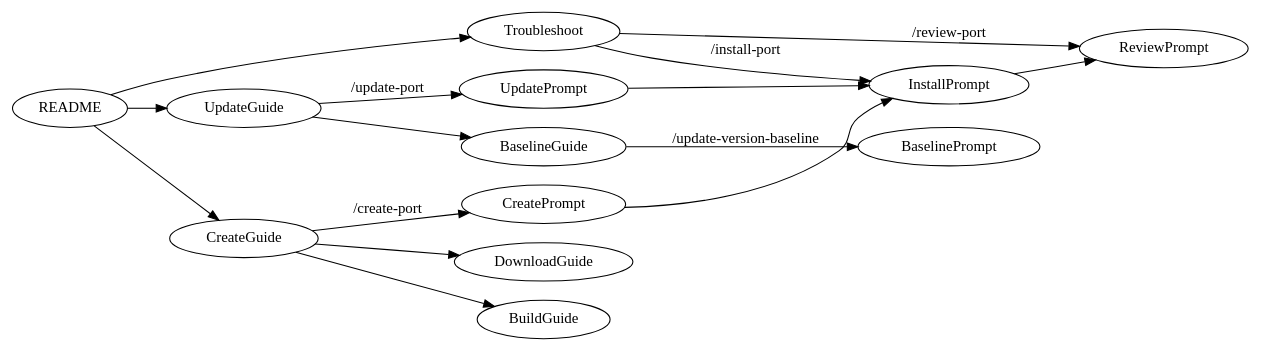
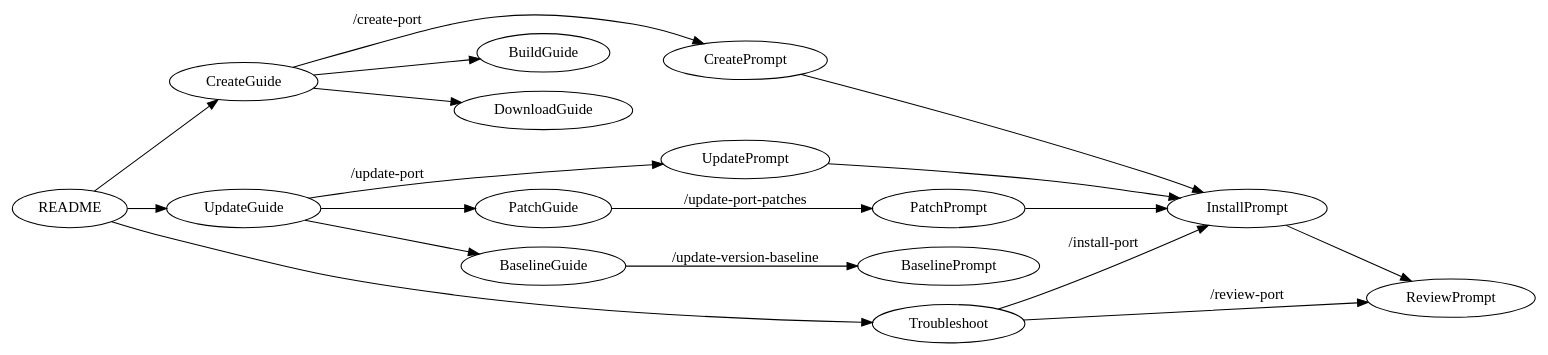
One commit to luncliff/vcpkg-registry changed the second of 2 diagrams in docs/prompt-designs.md. Above: the diagram before and after it, drawn with Graphviz. The commit also changed other lines of this file and 2 other files, not shown here.

Commit message:
prompt: add guide and prompt for updating port patches

````diff
--- a/docs/prompt-designs.md
+++ b/docs/prompt-designs.md
@@ -69,19 +74,22 @@
 ```dot
 digraph G {
   rankdir=LR;
   README -> CreateGuide;
   README -> UpdateGuide;
   README -> Troubleshoot;
   CreateGuide -> CreatePrompt [label="/create-port"];
   CreateGuide -> BuildGuide;
   CreateGuide -> DownloadGuide;
   UpdateGuide -> UpdatePrompt [label="/update-port"];
+  UpdateGuide -> PatchGuide;
+  PatchGuide -> PatchPrompt [label="/update-port-patches"];
   UpdateGuide -> BaselineGuide;
   BaselineGuide -> BaselinePrompt [label="/update-version-baseline"];
   Troubleshoot -> InstallPrompt [label="/install-port"];
   Troubleshoot -> ReviewPrompt [label="/review-port"];
   InstallPrompt -> ReviewPrompt;
   CreatePrompt -> InstallPrompt;
   UpdatePrompt -> InstallPrompt;
+  PatchPrompt -> InstallPrompt;
 }
 ```
````
